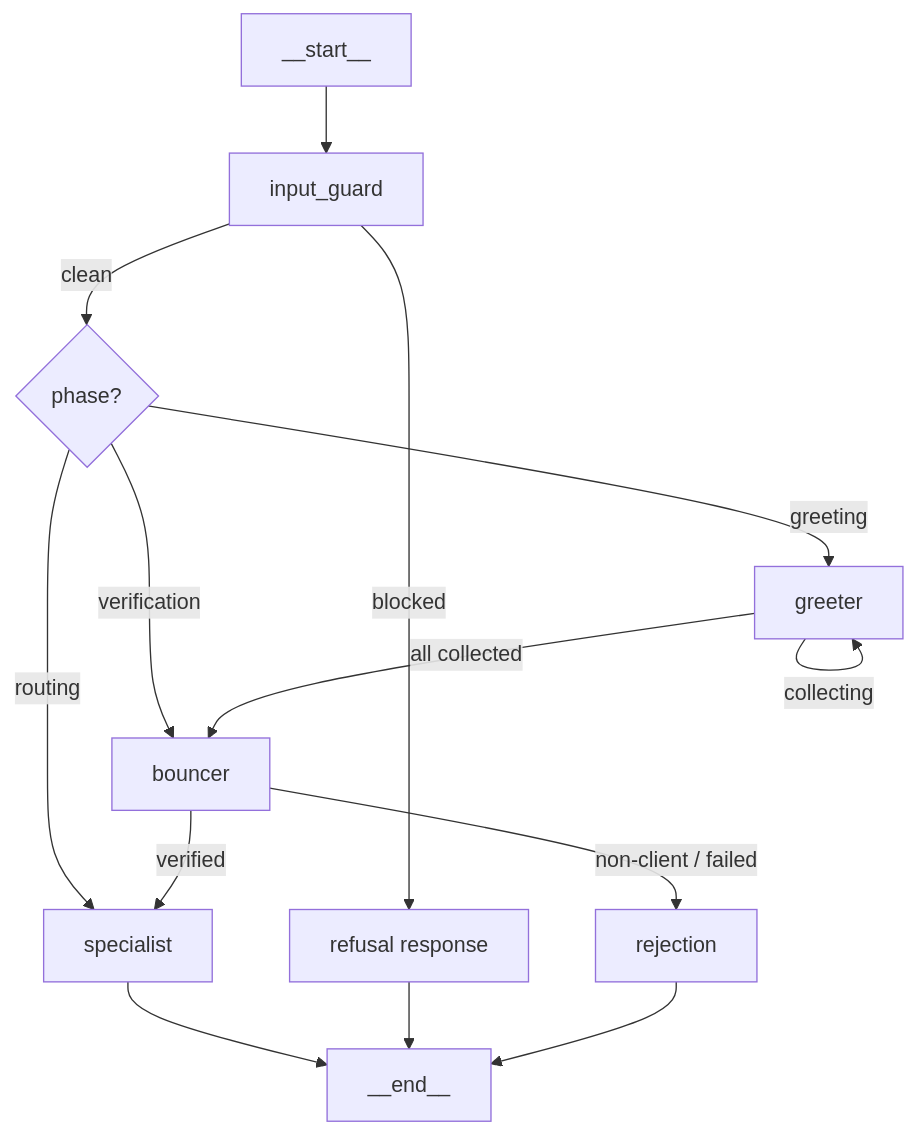
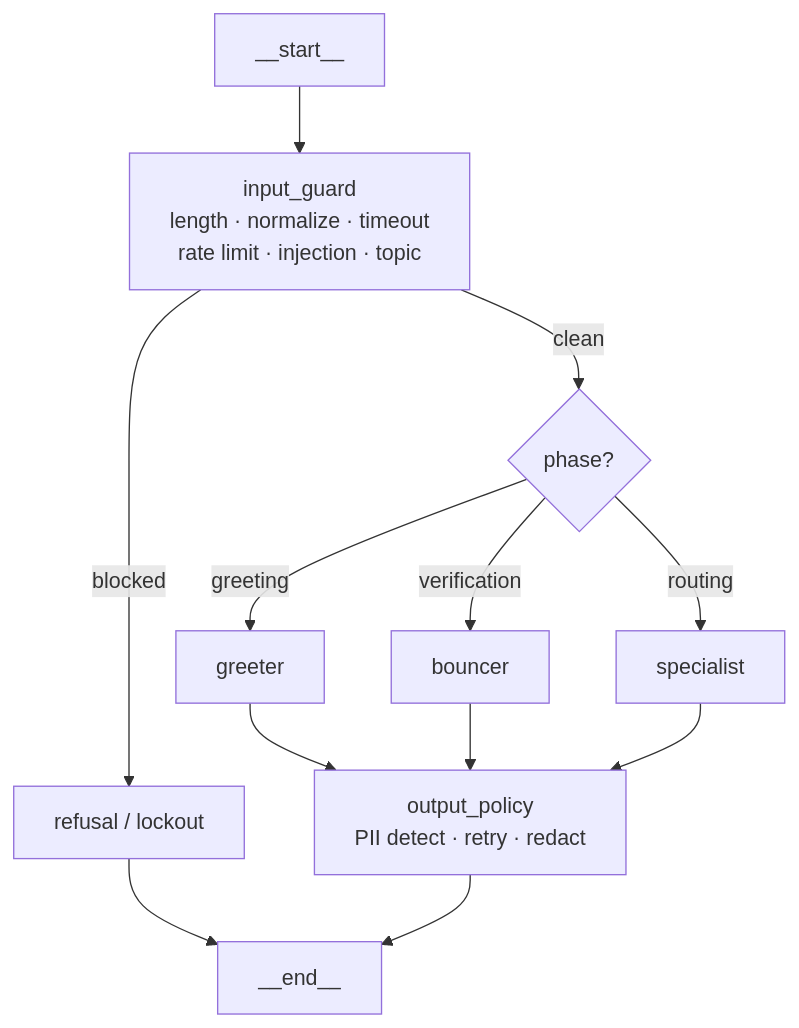
One commit to DEUS-AI/ai-eng-challenge changed the diagram in SOLUTION.md. Above: the diagram before and after it, drawn with Mermaid. The commit also changed other lines of this file, not shown here.

````diff
--- a/SOLUTION.md
+++ b/SOLUTION.md
@@ -7,16 +7,14 @@
 ```mermaid
 graph TD
-    A[__start__] --> B[input_guard]
+    A[__start__] --> B[input_guard<br/>length · normalize · timeout<br/>rate limit · injection · topic]
+    B -->|blocked| R[refusal / lockout]
     B -->|clean| C{phase?}
-    B -->|blocked| R1[refusal response]
     C -->|greeting| D[greeter]
     C -->|verification| E[bouncer]
     C -->|routing| F[specialist]
-    D -->|collecting| D
-    D -->|all collected| E
-    E -->|verified| F
-    E -->|non-client / failed| R2[rejection]
-    F --> G[__end__]
-    R1 --> G
-    R2 --> G
+    D --> OP[output_policy<br/>PII detect · retry · redact]
+    E --> OP
+    F --> OP
+    R --> G[__end__]
+    OP --> G
 ```
````
